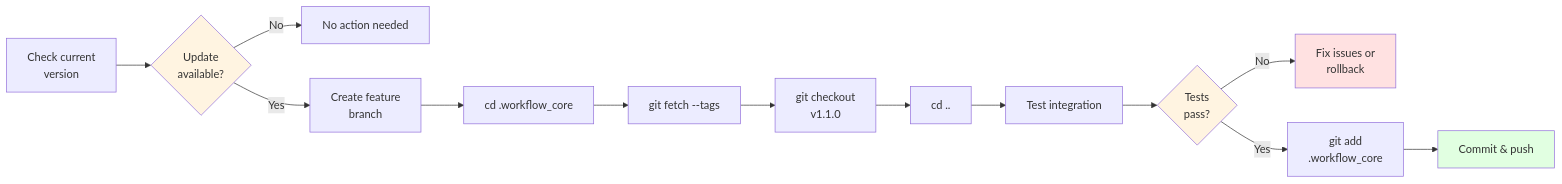
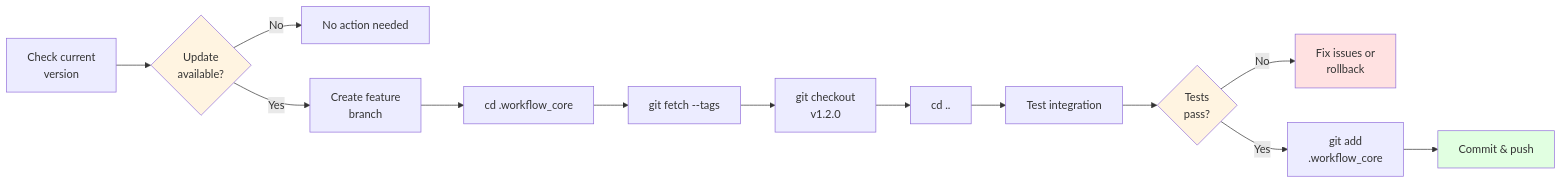
The sixth of 23 diagrams in docs/diagrams/README.md (mpbarbosa/ai_workflow_core), drawn with Mermaid before and after one commit. The commit also changed 172 other files, not shown here.

````diff
--- a/docs/diagrams/README.md
+++ b/docs/diagrams/README.md
@@ -196,20 +196,20 @@
 ```mermaid
 flowchart LR
     A[Check current<br/>version] --> B{Update<br/>available?}
     B -->|No| C[No action needed]
     B -->|Yes| D[Create feature<br/>branch]
     D --> E[cd .workflow_core]
     E --> F[git fetch --tags]
-    F --> G[git checkout<br/>v1.1.0]
+    F --> G[git checkout<br/>v1.2.0]
     G --> H[cd ..]
     H --> I[Test integration]
     I --> J{Tests<br/>pass?}
     J -->|No| K[Fix issues or<br/>rollback]
     J -->|Yes| L[git add<br/>.workflow_core]
     L --> M[Commit & push]
     
     style B fill:#fff4e1
     style J fill:#fff4e1
     style K fill:#ffe1e1
     style M fill:#e1ffe1
 ```
````
